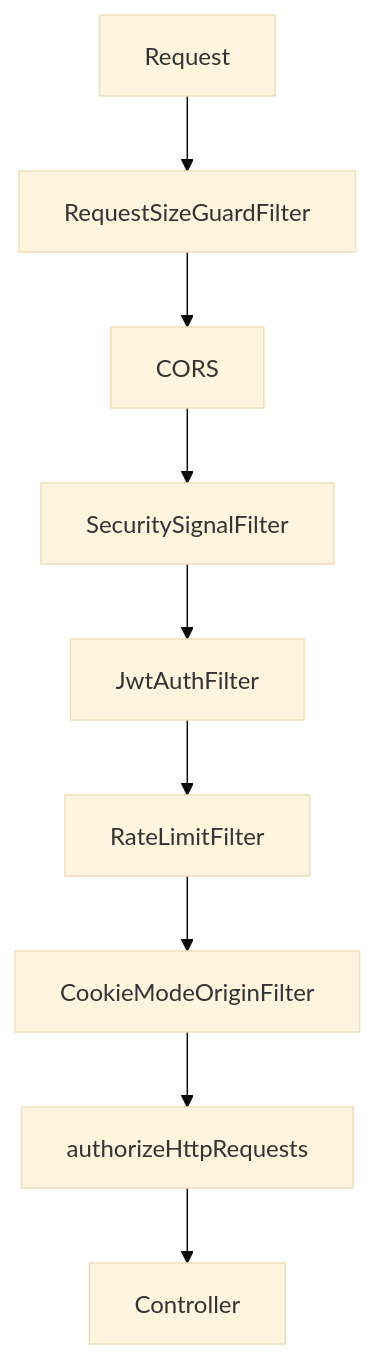
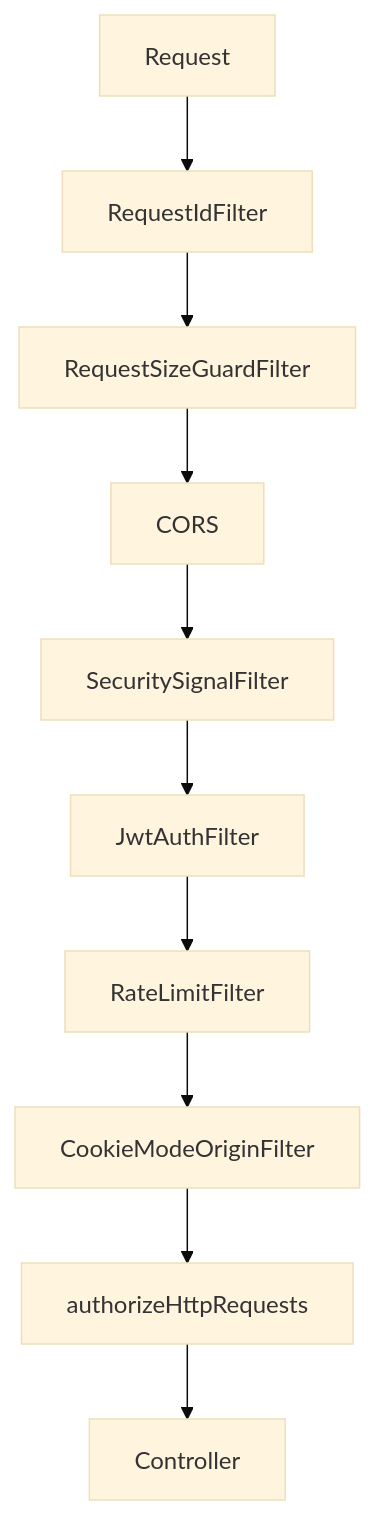
Before and after one commit to shubham-bansal-jswone/plates-and-bars: the sixth of 8 diagrams in LLD.md, drawn with Mermaid (base theme). The commit also changed 4 other files, not shown here.

Commit message:
Add X-Request-Id filter: MDC requestId, response header, log pattern

````diff
--- a/LLD.md
+++ b/LLD.md
@@ -635,11 +635,12 @@
 ```mermaid
 flowchart TD
-  R[Request] --> SG[RequestSizeGuardFilter]
+  R[Request] --> RID[RequestIdFilter]
+  RID --> SG[RequestSizeGuardFilter]
   SG --> CORS[CORS]
   CORS --> SS[SecuritySignalFilter]
   SS --> JWT[JwtAuthFilter]
   JWT --> RL[RateLimitFilter]
   RL --> CM[CookieModeOriginFilter]
   CM --> AZ[authorizeHttpRequests]
   AZ --> C[Controller]
 ```
````
